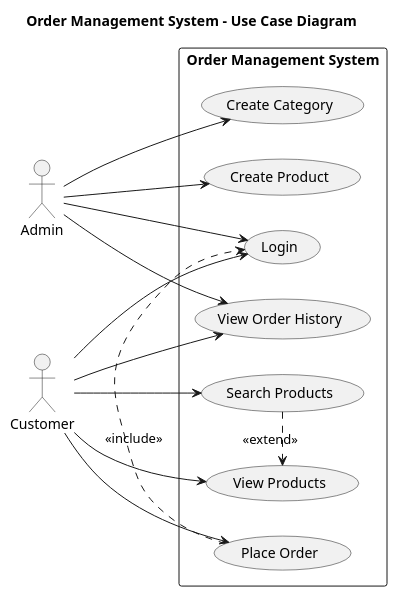
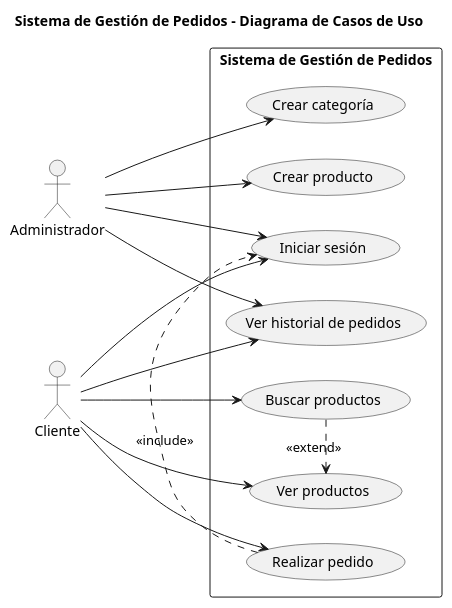
The diagram in docs/uml/use_case_diagram.puml (Jonnathan1288/order-management-system), drawn with PlantUML before and after one commit. The commit also changed 24 other files, not shown here.

Commit message:
feat(category-list, product-list, shopping-cart): FT(main) - Create a new pages.

```diff
--- a/docs/uml/use_case_diagram.puml
+++ b/docs/uml/use_case_diagram.puml
@@ -1,34 +1,34 @@
 @startuml
-title Order Management System - Use Case Diagram
+title Sistema de Gestión de Pedidos - Diagrama de Casos de Uso
 
 left to right direction
 
-actor Admin
-actor Customer
+actor Administrador
+actor Cliente
 
-rectangle "Order Management System" {
+rectangle "Sistema de Gestión de Pedidos" {
 
-  usecase "Login" as UC_Login
-  usecase "Create Category" as UC_CreateCategory
-  usecase "Create Product" as UC_CreateProduct
-  usecase "View Products" as UC_ViewProducts
-  usecase "Search Products" as UC_SearchProducts
-  usecase "Place Order" as UC_PlaceOrder
-  usecase "View Order History" as UC_OrderHistory
+  usecase "Iniciar sesión" as UC_IniciarSesion
+  usecase "Crear categoría" as UC_CrearCategoria
+  usecase "Crear producto" as UC_CrearProducto
+  usecase "Ver productos" as UC_VerProductos
+  usecase "Buscar productos" as UC_BuscarProductos
+  usecase "Realizar pedido" as UC_RealizarPedido
+  usecase "Ver historial de pedidos" as UC_HistorialPedidos
 }
 
-Admin --> UC_Login
-Admin --> UC_CreateCategory
-Admin --> UC_CreateProduct
-Admin --> UC_OrderHistory
+Administrador --> UC_IniciarSesion
+Administrador --> UC_CrearCategoria
+Administrador --> UC_CrearProducto
+Administrador --> UC_HistorialPedidos
 
-Customer --> UC_Login
-Customer --> UC_ViewProducts
-Customer --> UC_SearchProducts
-Customer --> UC_PlaceOrder
-Customer --> UC_OrderHistory
+Cliente --> UC_IniciarSesion
+Cliente --> UC_VerProductos
+Cliente --> UC_BuscarProductos
+Cliente --> UC_RealizarPedido
+Cliente --> UC_HistorialPedidos
 
-UC_PlaceOrder .> UC_Login : <<include>>
-UC_SearchProducts .> UC_ViewProducts : <<extend>>
+UC_RealizarPedido .> UC_IniciarSesion : <<include>>
+UC_BuscarProductos .> UC_VerProductos : <<extend>>
 
 @enduml
```
